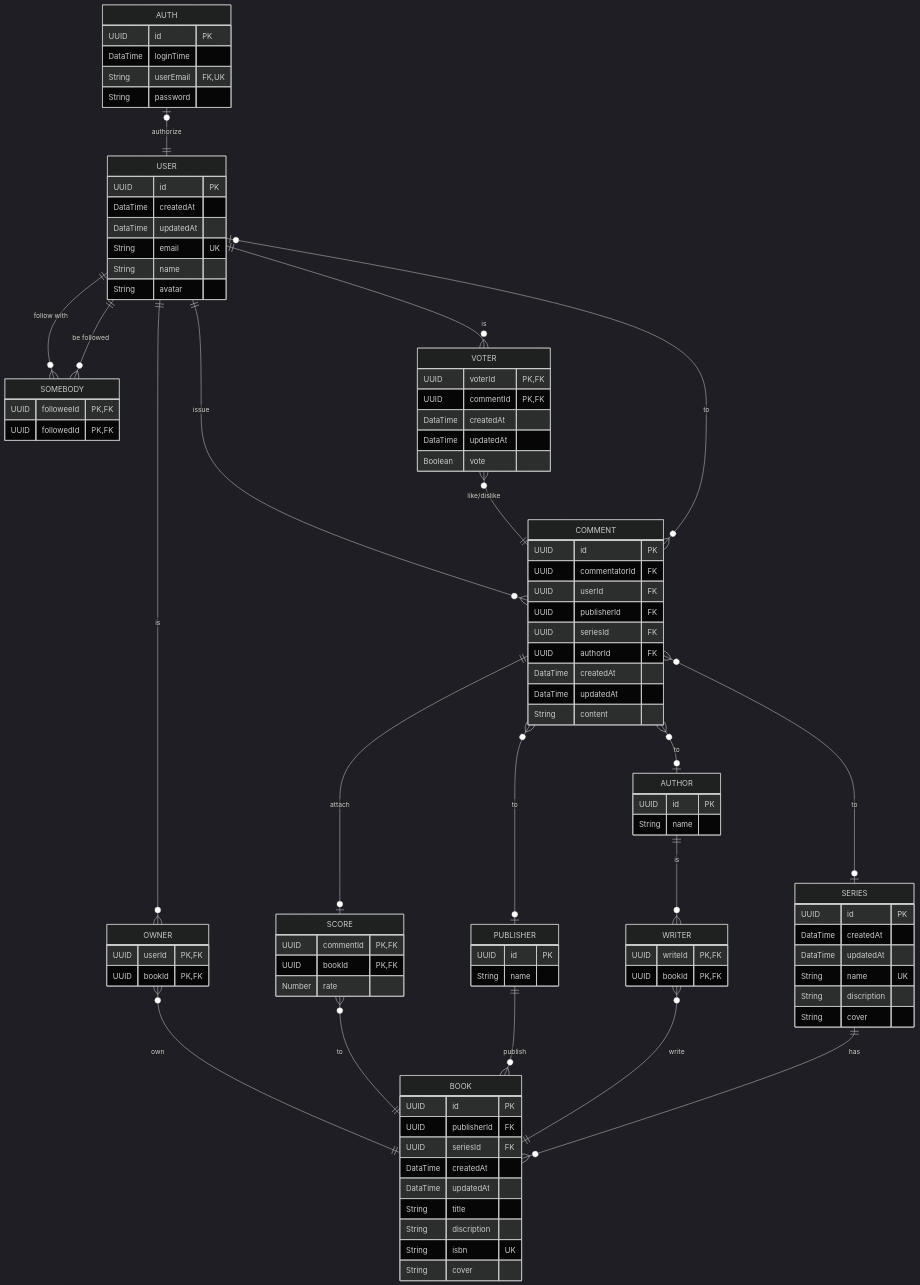
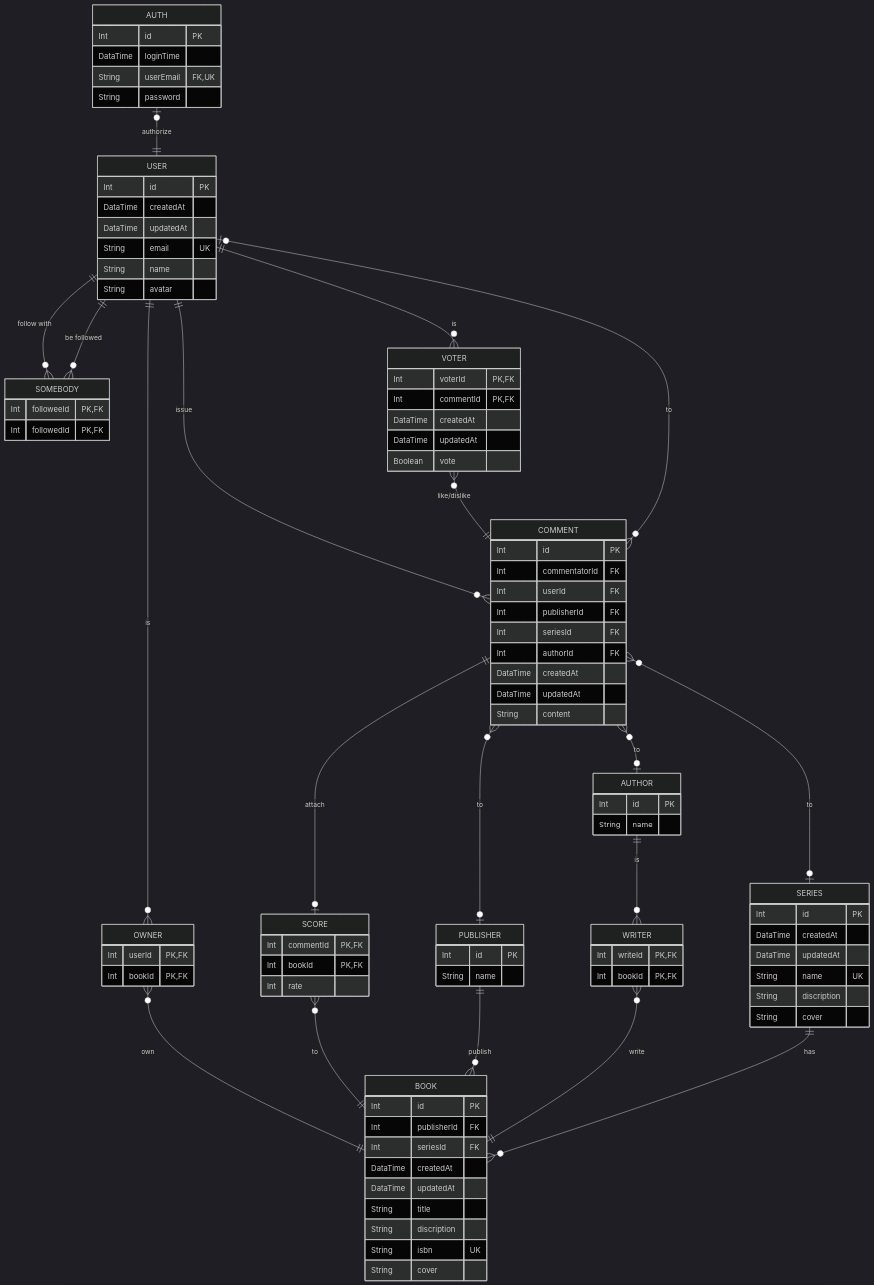
One commit to mogeko/book-exchange changed the diagram in packages/database/README.md. Above: the diagram before and after it, drawn with Mermaid (dark theme). The commit also changed 6 other files, not shown here.

```diff
--- a/packages/database/README.md
+++ b/packages/database/README.md
@@ -67,7 +67,7 @@
 erDiagram
   AUTH |o--|| USER : authorize
   AUTH {
-    UUID     id        PK
+    Int      id        PK
     DataTime loginTime
     String   userEmail FK, UK
     String   password
@@ -77,7 +77,7 @@
   USER ||--o{ COMMENT  : issue
   USER ||--o{ VOTER    : is
   USER {
-    UUID     id        PK
+    Int      id        PK
     DataTime createdAt
     DataTime updatedAt
     String   email     UK
@@ -86,18 +86,18 @@
   }
   OWNER }o--|| BOOK : own
   OWNER {
-    UUID     userId    PK, FK
-    UUID     bookId    PK, FK
+    Int     userId    PK, FK
+    Int     bookId    PK, FK
   }
   SOMEBODY }o--|| USER : "be followed"
   SOMEBODY {
-    UUID     followeeId PK, FK
-    UUID     followedId PK, FK
+    Int     followeeId PK, FK
+    Int     followedId PK, FK
   }
   VOTER }o--|| COMMENT : "like/dislike"
   VOTER {
-    UUID     voterId   PK, FK
-    UUID     commentId PK, FK
+    Int      voterId   PK, FK
+    Int      commentId PK, FK
     DataTime createdAt
     DataTime updatedAt
     Boolean  vote
@@ -108,40 +108,40 @@
   COMMENT }o--o| AUTHOR     : "to"
   COMMENT }o--o| SERIES     : "to"
   COMMENT {
-    UUID     id            PK
-    UUID     commentatorId FK
-    UUID     userId        FK
-    UUID     publisherId   FK
-    UUID     seriesId      FK
-    UUID     authorId      FK
+    Int      id            PK
+    Int      commentatorId FK
+    Int      userId        FK
+    Int      publisherId   FK
+    Int      seriesId      FK
+    Int      authorId      FK
     DataTime createdAt
     DataTime updatedAt
     String   content
   }
   SCORE }o--|| BOOK : "to"
   SCORE {
-    UUID     commentId PK, FK
-    UUID     bookId    PK, FK
-    Number   rate
+    Int commentId PK, FK
+    Int bookId    PK, FK
+    Int rate
   }
   PUBLISHER ||--o{ BOOK : publish
   PUBLISHER {
-    UUID   id   PK
+    Int    id   PK
     String name
   }
   AUTHOR ||--o{ WRITER : is
   AUTHOR {
-    UUID   id   PK
+    Int    id   PK
     String name
   }
   WRITER }o--|| BOOK : write
   WRITER {
-    UUID writeId PK, FK
-    UUID bookId  PK, FK
+    Int writeId PK, FK
+    Int bookId  PK, FK
   }
   SERIES ||--o{ BOOK : has
   SERIES {
-    UUID     id          PK
+    Int      id          PK
     DataTime createdAt
     DataTime updatedAt
     String   name        UK
@@ -149,9 +149,9 @@
     String   cover
   }
   BOOK {
-    UUID     id          PK
-    UUID     publisherId FK
-    UUID     seriesId    FK
+    Int      id          PK
+    Int      publisherId FK
+    Int      seriesId    FK
     DataTime createdAt
     DataTime updatedAt
     String   title
```
